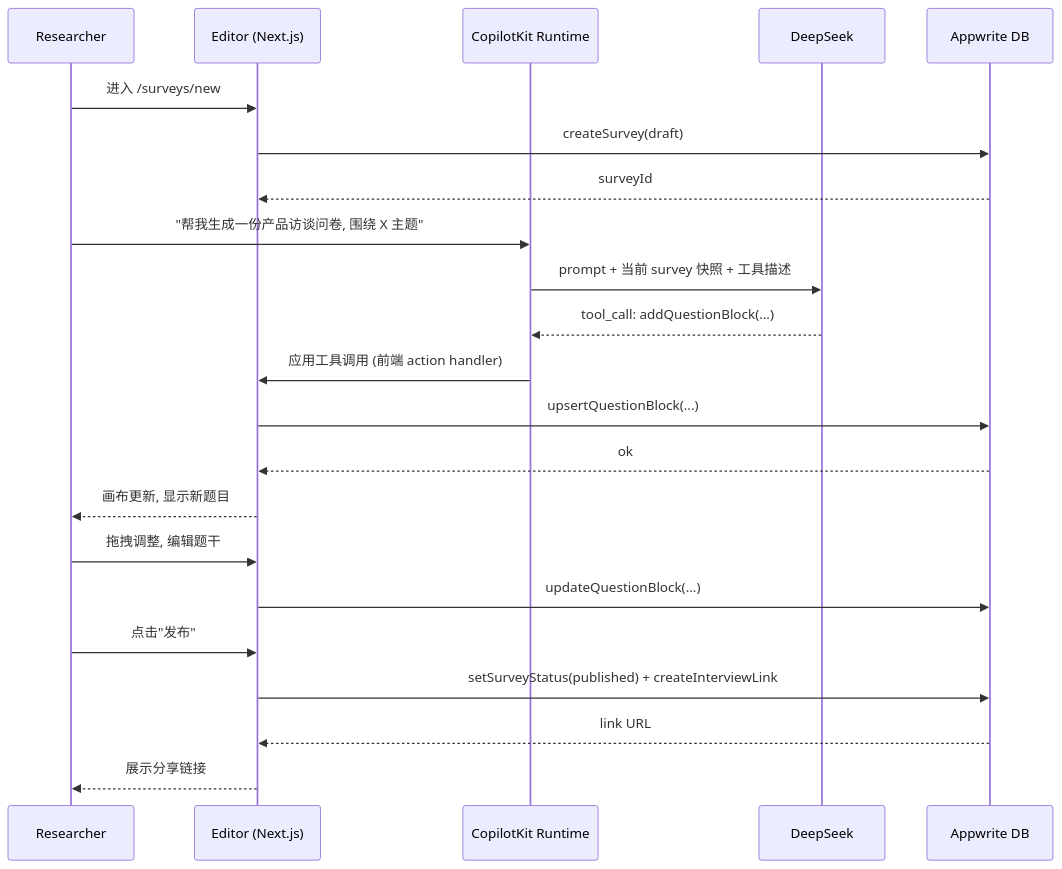
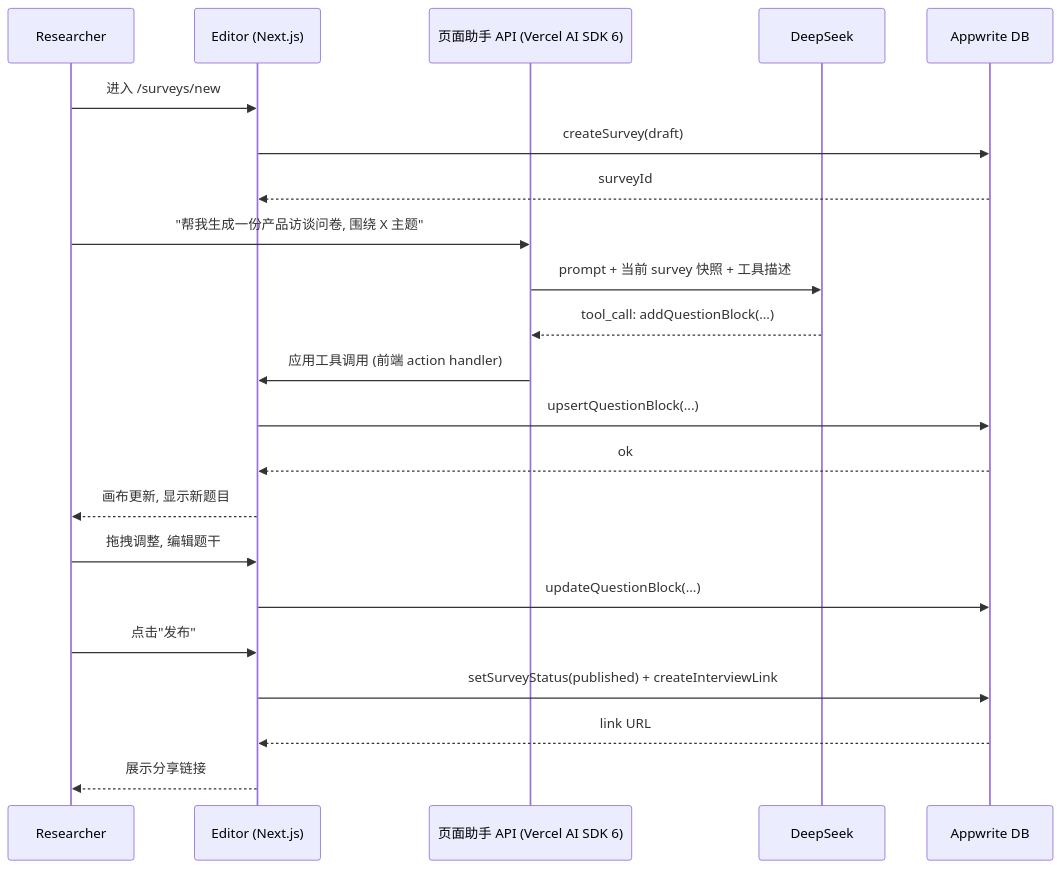
One commit to zhangsiyu0202-coder/Morris changed the third of 6 diagrams in .kiro/specs/foundation-setup/design.md. Above: the diagram before and after it, drawn with Mermaid. The commit also changed other lines of this file and 83 other files, not shown here.

````diff
--- a/.kiro/specs/foundation-setup/design.md
+++ b/.kiro/specs/foundation-setup/design.md
@@ -286,25 +288,25 @@
 ```mermaid
 sequenceDiagram
     participant R as Researcher
     participant UI as Editor (Next.js)
-    participant CK as CopilotKit Runtime
+    participant PA as 页面助手 API (Vercel AI SDK 6)
     participant DS as DeepSeek
     participant DB as Appwrite DB
 
     R->>UI: 进入 /surveys/new
     UI->>DB: createSurvey(draft)
     DB-->>UI: surveyId
-    R->>CK: "帮我生成一份产品访谈问卷, 围绕 X 主题"
-    CK->>DS: prompt + 当前 survey 快照 + 工具描述
-    DS-->>CK: tool_call: addQuestionBlock(...)
-    CK->>UI: 应用工具调用 (前端 action handler)
+    R->>PA: "帮我生成一份产品访谈问卷, 围绕 X 主题"
+    PA->>DS: prompt + 当前 survey 快照 + 工具描述
+    DS-->>PA: tool_call: addQuestionBlock(...)
+    PA->>UI: 应用工具调用 (前端 action handler)
     UI->>DB: upsertQuestionBlock(...)
     DB-->>UI: ok
     UI-->>R: 画布更新, 显示新题目
     R->>UI: 拖拽调整, 编辑题干
     UI->>DB: updateQuestionBlock(...)
     R->>UI: 点击"发布"
     UI->>DB: setSurveyStatus(published) + createInterviewLink
     DB-->>UI: link URL
     UI-->>R: 展示分享链接
 ```
````
